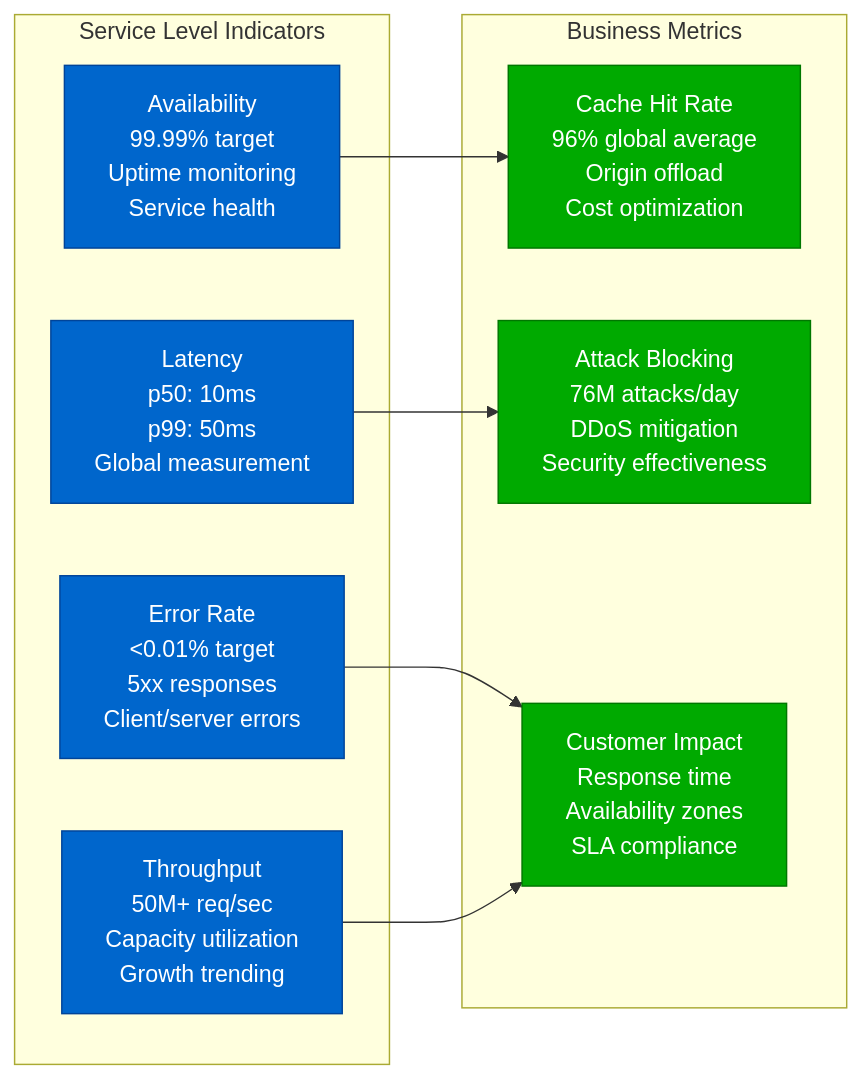
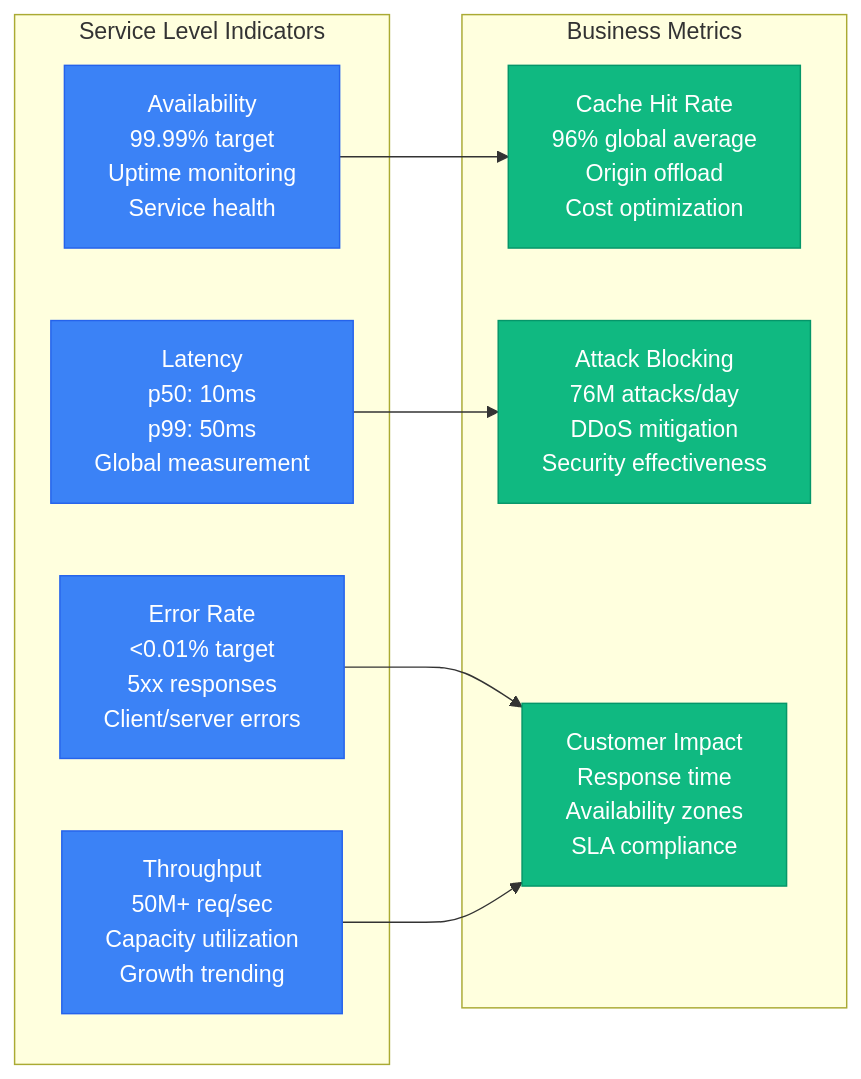
The fifth of 8 diagrams in site/docs/systems/cloudflare/production-operations.md (deepaucksharma/DS), drawn with Mermaid before and after one commit. The commit also changed other lines of this file and 303 other files, not shown here.

````diff
--- a/site/docs/systems/cloudflare/production-operations.md
+++ b/site/docs/systems/cloudflare/production-operations.md
@@ -241,32 +241,32 @@
 ```mermaid
 graph LR
     subgraph "Service Level Indicators"
         AVAILABILITY[Availability<br/>99.99% target<br/>Uptime monitoring<br/>Service health]
 
         LATENCY[Latency<br/>p50: 10ms<br/>p99: 50ms<br/>Global measurement]
 
         ERROR_RATE[Error Rate<br/><0.01% target<br/>5xx responses<br/>Client/server errors]
 
         THROUGHPUT[Throughput<br/>50M+ req/sec<br/>Capacity utilization<br/>Growth trending]
     end
 
     subgraph "Business Metrics"
         CACHE_HIT[Cache Hit Rate<br/>96% global average<br/>Origin offload<br/>Cost optimization]
 
         ATTACK_BLOCK[Attack Blocking<br/>76M attacks/day<br/>DDoS mitigation<br/>Security effectiveness]
 
         CUSTOMER_IMPACT[Customer Impact<br/>Response time<br/>Availability zones<br/>SLA compliance]
     end
 
     AVAILABILITY --> CACHE_HIT
     LATENCY --> ATTACK_BLOCK
     ERROR_RATE --> CUSTOMER_IMPACT
     THROUGHPUT --> CUSTOMER_IMPACT
 
     %% Apply SLI colors
-    classDef sliStyle fill:#0066CC,stroke:#004499,color:#fff
-    classDef businessStyle fill:#00AA00,stroke:#007700,color:#fff
+    classDef sliStyle fill:#3B82F6,stroke:#2563EB,color:#fff
+    classDef businessStyle fill:#10B981,stroke:#059669,color:#fff
 
     class AVAILABILITY,LATENCY,ERROR_RATE,THROUGHPUT sliStyle
     class CACHE_HIT,ATTACK_BLOCK,CUSTOMER_IMPACT businessStyle
 ```
````
